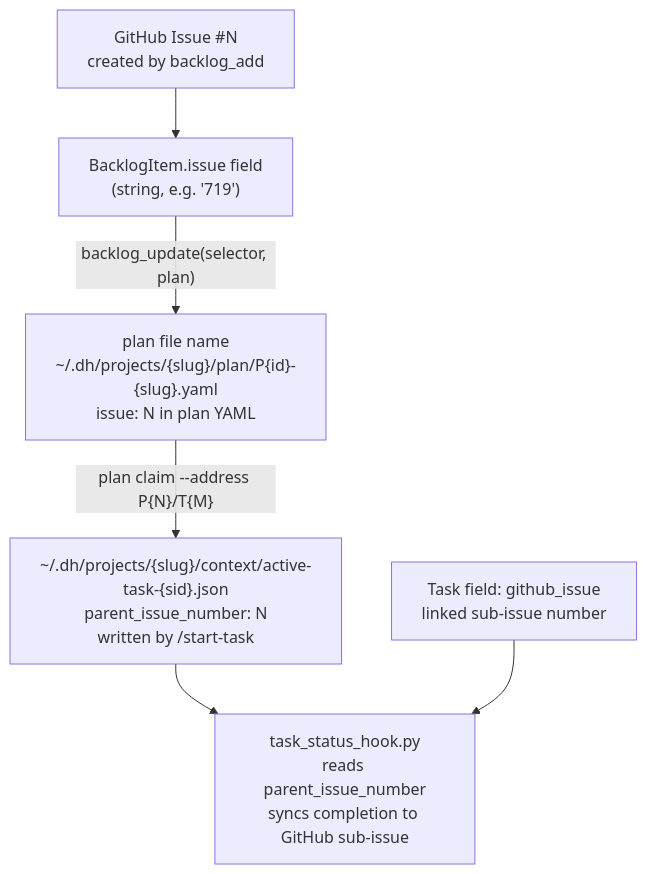
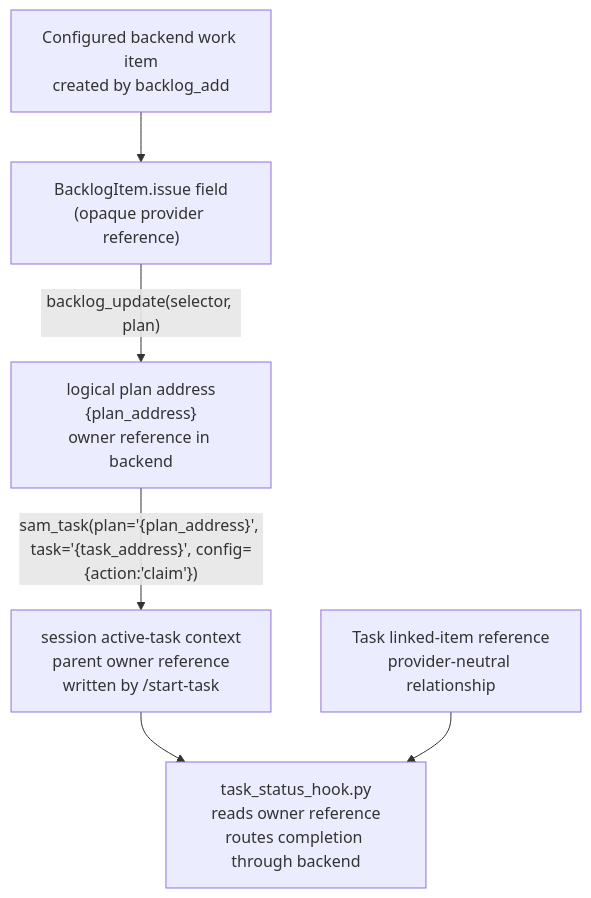
Before and after one commit to Jamie-BitFlight/claude_skills: the fourth of 5 diagrams in plugins/development-harness/docs/workflow-architecture-diagram.md, drawn with Mermaid. The commit also changed other lines of this file and 16 other files, not shown here.

Commit message:
docs(backlog): align provider storage guidance

````diff
--- a/plugins/development-harness/docs/workflow-architecture-diagram.md
+++ b/plugins/development-harness/docs/workflow-architecture-diagram.md
@@ -362,14 +364,14 @@
 ```mermaid
 flowchart TD
-    GH["GitHub Issue #N<br>created by backlog_add"]
-    BI["BacklogItem.issue field<br>(string, e.g. '719')"]
-    PF["plan file name<br>~/.dh/projects/{slug}/plan/P{id}-{slug}.yaml<br>issue: N in plan YAML"]
-    CTX["~/.dh/projects/{slug}/context/active-task-{sid}.json<br>parent_issue_number: N<br>written by /start-task"]
-    HOOK["task_status_hook.py<br>reads parent_issue_number<br>syncs completion to GitHub sub-issue"]
-    TF["Task field: github_issue<br>linked sub-issue number"]
+    GH["Configured backend work item<br>created by backlog_add"]
+    BI["BacklogItem.issue field<br>(opaque provider reference)"]
+    PF["logical plan address<br>{plan_address}<br>owner reference in backend"]
+    CTX["session active-task context<br>parent owner reference<br>written by /start-task"]
+    HOOK["task_status_hook.py<br>reads owner reference<br>routes completion through backend"]
+    TF["Task linked-item reference<br>provider-neutral relationship"]
     GH --> BI
     BI -->|"backlog_update(selector, plan)"| PF
-    PF -->|"`plan claim --address P{N}/T{M}`"| CTX
+    PF -->|"`sam_task(plan='{plan_address}', task='{task_address}', config={action:'claim'})`"| CTX
     CTX --> HOOK
     TF --> HOOK
 ```
````
